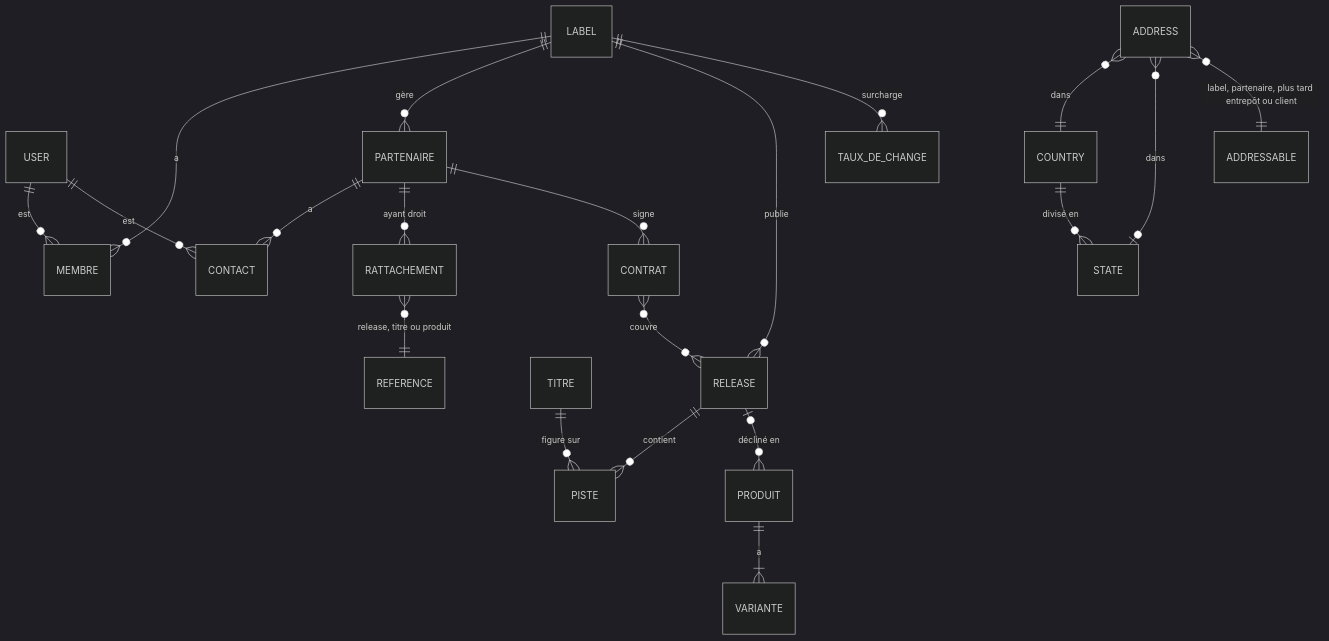
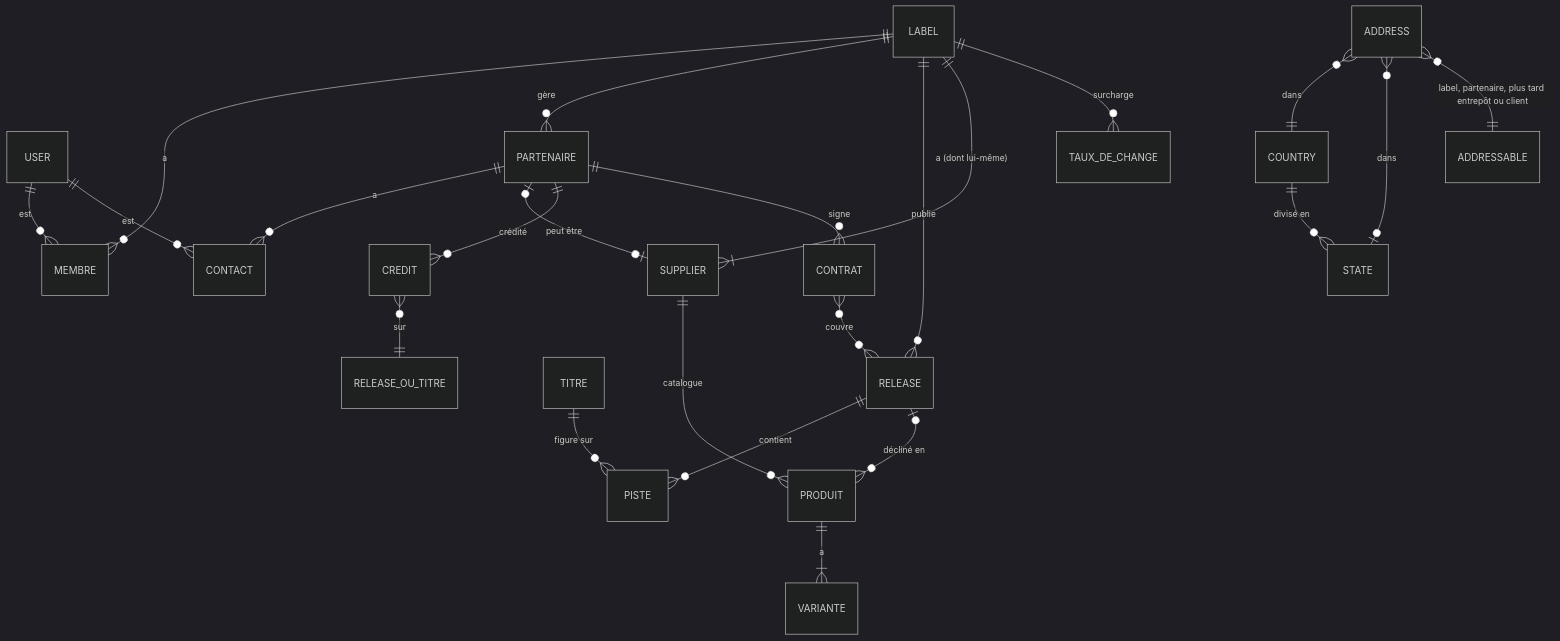
One commit to cpuchalver/my-label-manager changed the diagram in docs/specs-mvp.md. Above: the diagram before and after it, drawn with Mermaid (dark theme). The commit also changed other lines of this file and 1 other file, not shown here.

First line of the commit message:
Specs MVP v0.5 : fournisseurs (Supplier) et catalogue, crédits, la vente appartient au label

````diff
--- a/docs/specs-mvp.md
+++ b/docs/specs-mvp.md
@@ -61,22 +61,25 @@
 ```mermaid
 erDiagram
     LABEL ||--o{ MEMBRE : "a"
     USER ||--o{ MEMBRE : "est"
     LABEL ||--o{ PARTENAIRE : "gère"
     PARTENAIRE ||--o{ CONTACT : "a"
     USER ||--o{ CONTACT : "est"
     LABEL ||--o{ RELEASE : "publie"
     RELEASE ||--o{ PISTE : "contient"
     TITRE ||--o{ PISTE : "figure sur"
+    LABEL ||--|{ SUPPLIER : "a (dont lui-même)"
+    PARTENAIRE |o--o| SUPPLIER : "peut être"
+    SUPPLIER ||--o{ PRODUIT : "catalogue"
     RELEASE |o--o{ PRODUIT : "décliné en"
     PRODUIT ||--|{ VARIANTE : "a"
-    PARTENAIRE ||--o{ RATTACHEMENT : "ayant droit"
-    RATTACHEMENT }o--|| REFERENCE : "release, titre ou produit"
+    PARTENAIRE ||--o{ CREDIT : "crédité"
+    CREDIT }o--|| RELEASE_OU_TITRE : "sur"
     PARTENAIRE ||--o{ CONTRAT : "signe"
     CONTRAT }o--o{ RELEASE : "couvre"
     LABEL ||--o{ TAUX_DE_CHANGE : "surcharge"
     COUNTRY ||--o{ STATE : "divisé en"
     ADDRESS }o--|| COUNTRY : "dans"
     ADDRESS }o--o| STATE : "dans"
     ADDRESS }o--|| ADDRESSABLE : "label, partenaire, plus tard entrepôt ou client"
 ```
````
